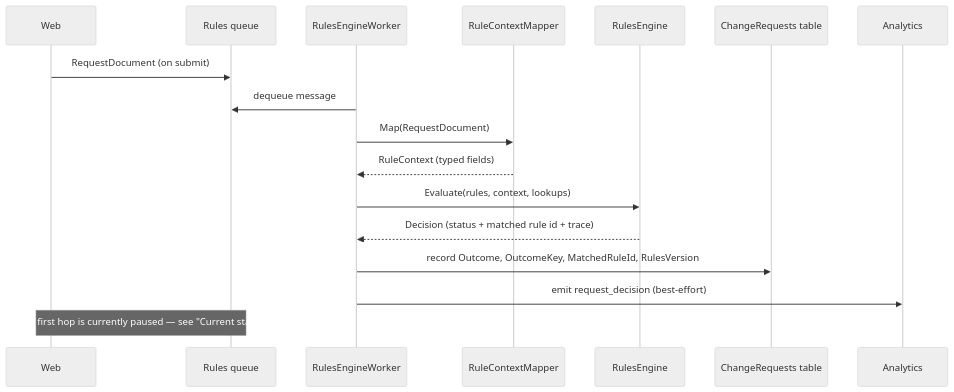
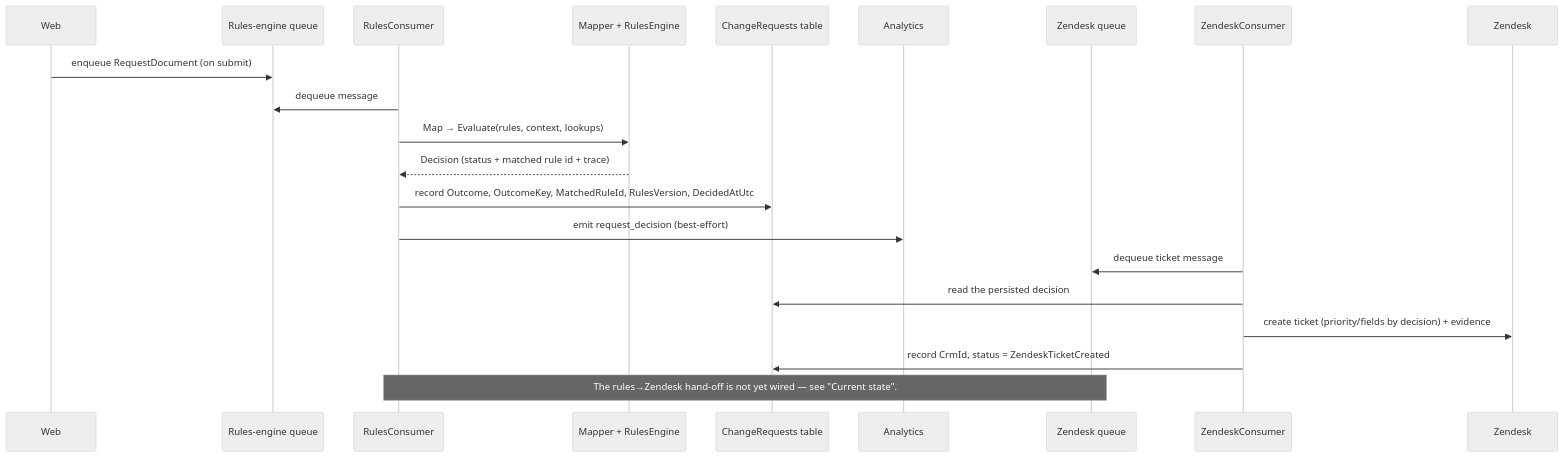
Before and after one commit to DFE-Digital/check-performance-data: the second of 5 diagrams in docs/rules-engine.md, drawn with Mermaid (neutral theme). The commit also changed other lines of this file, not shown here.

````diff
--- a/docs/rules-engine.md
+++ b/docs/rules-engine.md
@@ -35,20 +35,24 @@
 ```mermaid
 sequenceDiagram
     participant Web
-    participant Q as Rules queue
-    participant W as RulesEngineWorker
-    participant M as RuleContextMapper
-    participant Eng as RulesEngine
+    participant RQ as Rules-engine queue
+    participant RC as RulesConsumer
+    participant Eng as Mapper + RulesEngine
     participant DB as ChangeRequests table
     participant An as Analytics
+    participant ZQ as Zendesk queue
+    participant ZC as ZendeskConsumer
+    participant Z as Zendesk
 
-    Web->>Q: RequestDocument (on submit)
-    W->>Q: dequeue message
-    W->>M: Map(RequestDocument)
-    M-->>W: RuleContext (typed fields)
-    W->>Eng: Evaluate(rules, context, lookups)
-    Eng-->>W: Decision (status + matched rule id + trace)
-    W->>DB: record Outcome, OutcomeKey, MatchedRuleId, RulesVersion
-    W->>An: emit request_decision (best-effort)
-    Note over Web,Q: This first hop is currently paused — see "Current state".
+    Web->>RQ: enqueue RequestDocument (on submit)
+    RC->>RQ: dequeue message
+    RC->>Eng: Map → Evaluate(rules, context, lookups)
+    Eng-->>RC: Decision (status + matched rule id + trace)
+    RC->>DB: record Outcome, OutcomeKey, MatchedRuleId, RulesVersion, DecidedAtUtc
+    RC->>An: emit request_decision (best-effort)
+    ZC->>ZQ: dequeue ticket message
+    ZC->>DB: read the persisted decision
+    ZC->>Z: create ticket (priority/fields by decision) + evidence
+    ZC->>DB: record CrmId, status = ZendeskTicketCreated
+    Note over RC,ZQ: The rules→Zendesk hand-off is not yet wired — see "Current state".
 ```
````
